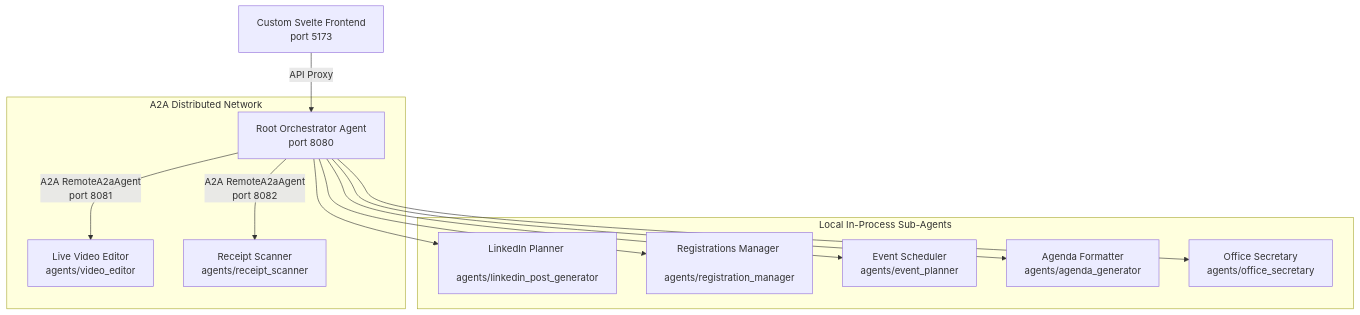
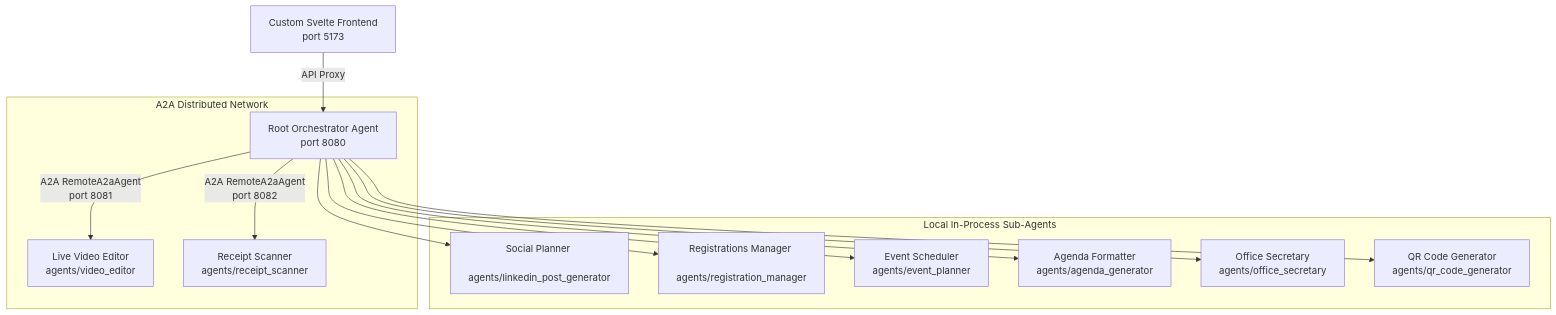
One commit to aplachykau-git/gdg_agents changed the diagram in docs/setup_guide.md. Above: the diagram before and after it, drawn with Mermaid. The commit also changed other lines of this file and 99 other files, not shown here.

First line of the commit message:
feat(platform): add QR code agent, countdown planner, MCP server, and upgrade dependencies

````diff
--- a/docs/setup_guide.md
+++ b/docs/setup_guide.md
@@ -11,17 +11,18 @@
 ```mermaid
 graph TD
     A[Custom Svelte Frontend <br> port 5173] -->|API Proxy| B[Root Orchestrator Agent <br> port 8080]
     
     subgraph "A2A Distributed Network"
         B -->|A2A RemoteA2aAgent <br> port 8081| E[Live Video Editor <br> agents/video_editor]
         B -->|A2A RemoteA2aAgent <br> port 8082| D[Receipt Scanner <br> agents/receipt_scanner]
     end
     
     subgraph "Local In-Process Sub-Agents"
-        B --> F[LinkedIn Planner <br> agents/linkedin_post_generator]
+        B --> F[Social Planner <br> agents/linkedin_post_generator]
         B --> G[Registrations Manager <br> agents/registration_manager]
         B --> H[Event Scheduler <br> agents/event_planner]
         B --> I[Agenda Formatter <br> agents/agenda_generator]
         B --> J[Office Secretary <br> agents/office_secretary]
+        B --> K[QR Code Generator <br> agents/qr_code_generator]
     end
 ```
````
